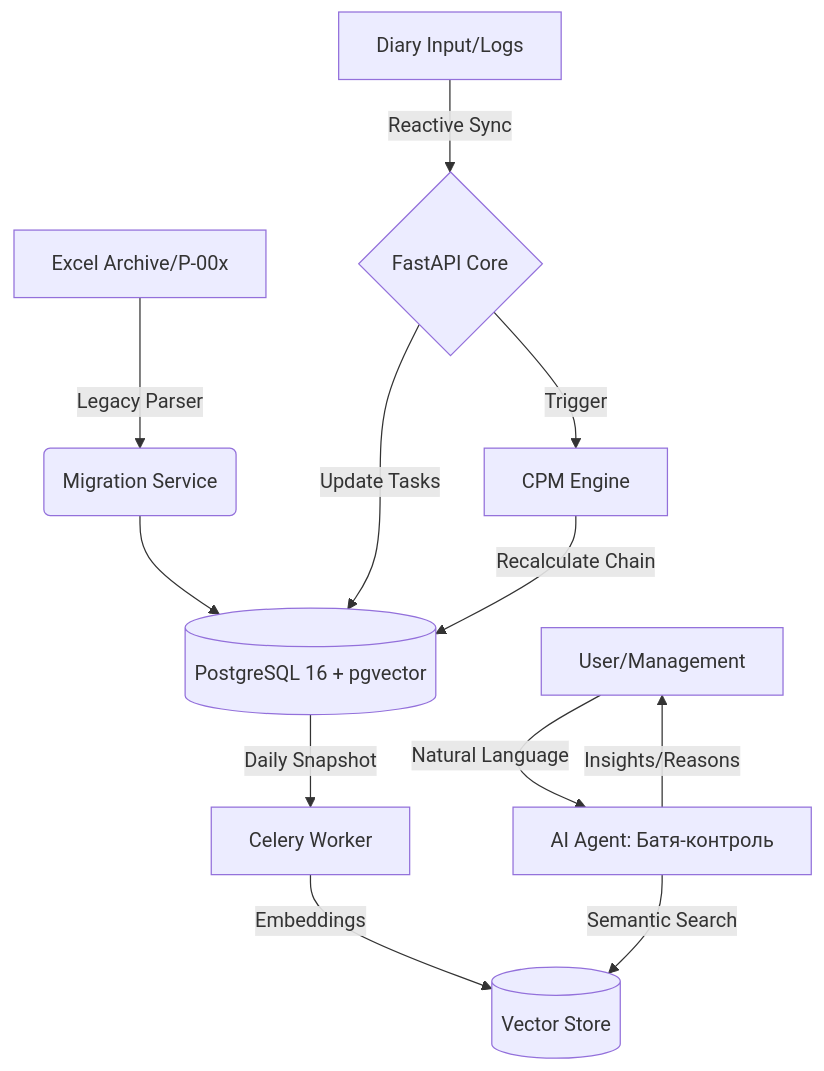
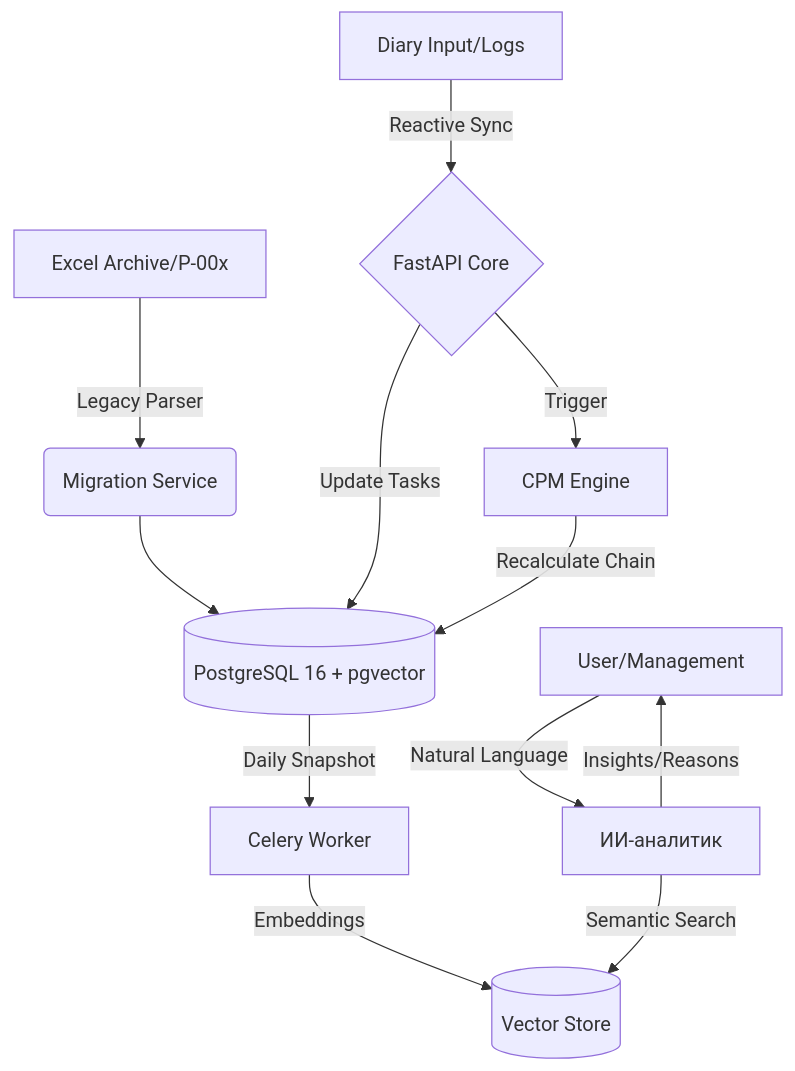
One commit to fckmanabove/Project-Chain changed the first of 2 diagrams in README.md. Above: the diagram before and after it, drawn with Mermaid. The commit also changed other lines of this file, not shown here.

````diff
--- a/README.md
+++ b/README.md
@@ -8,14 +8,14 @@
 ```mermaid
 graph TD
     A[Excel Archive/P-00x] -->|Legacy Parser| B(Migration Service)
     B --> C[(PostgreSQL 16 + pgvector)]
     D[Diary Input/Logs] -->|Reactive Sync| E{FastAPI Core}
     E -->|Update Tasks| C
     E -->|Trigger| F[CPM Engine]
     F -->|Recalculate Chain| C
     C -->|Daily Snapshot| G[Celery Worker]
     G -->|Embeddings| H[(Vector Store)]
-    I[User/Management] -->|Natural Language| J[AI Agent: Батя-контроль]
+    I[User/Management] -->|Natural Language| J[ИИ-аналитик]
     J -->|Semantic Search| H
     J -->|Insights/Reasons| I
 ```
````
